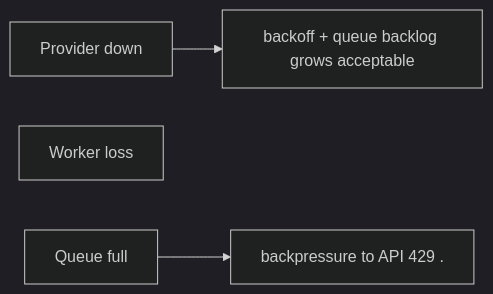
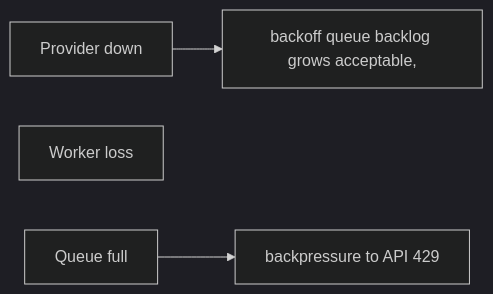
One commit to RIT-MESH/system-design-mastery changed the third of 3 diagrams in case-studies/beginner/notification-platform.md. Above: the diagram before and after it, drawn with Mermaid (dark theme). The commit also changed other lines of this file and 215 other files, not shown here.

First line of the commit message:
Complete all remaining work: expand case studies, add 13 AI case studies, fix diagrams, status to Complete

````diff
--- a/case-studies/beginner/notification-platform.md
+++ b/case-studies/beginner/notification-platform.md
@@ -142,11 +175,11 @@
 ```mermaid
 %% created-for: system-design-mastery
 flowchart LR
   C1["Provider down"]
-  R2["backoff + queue backlog grows acceptable"]
+  R2["backoff queue backlog grows acceptable,"]
   C1 --> R2
   C3["Worker loss"]
   C4["Queue full"]
-  R5["backpressure to API 429 ."]
+  R5["backpressure to API 429"]
   C4 --> R5
 ```
````
